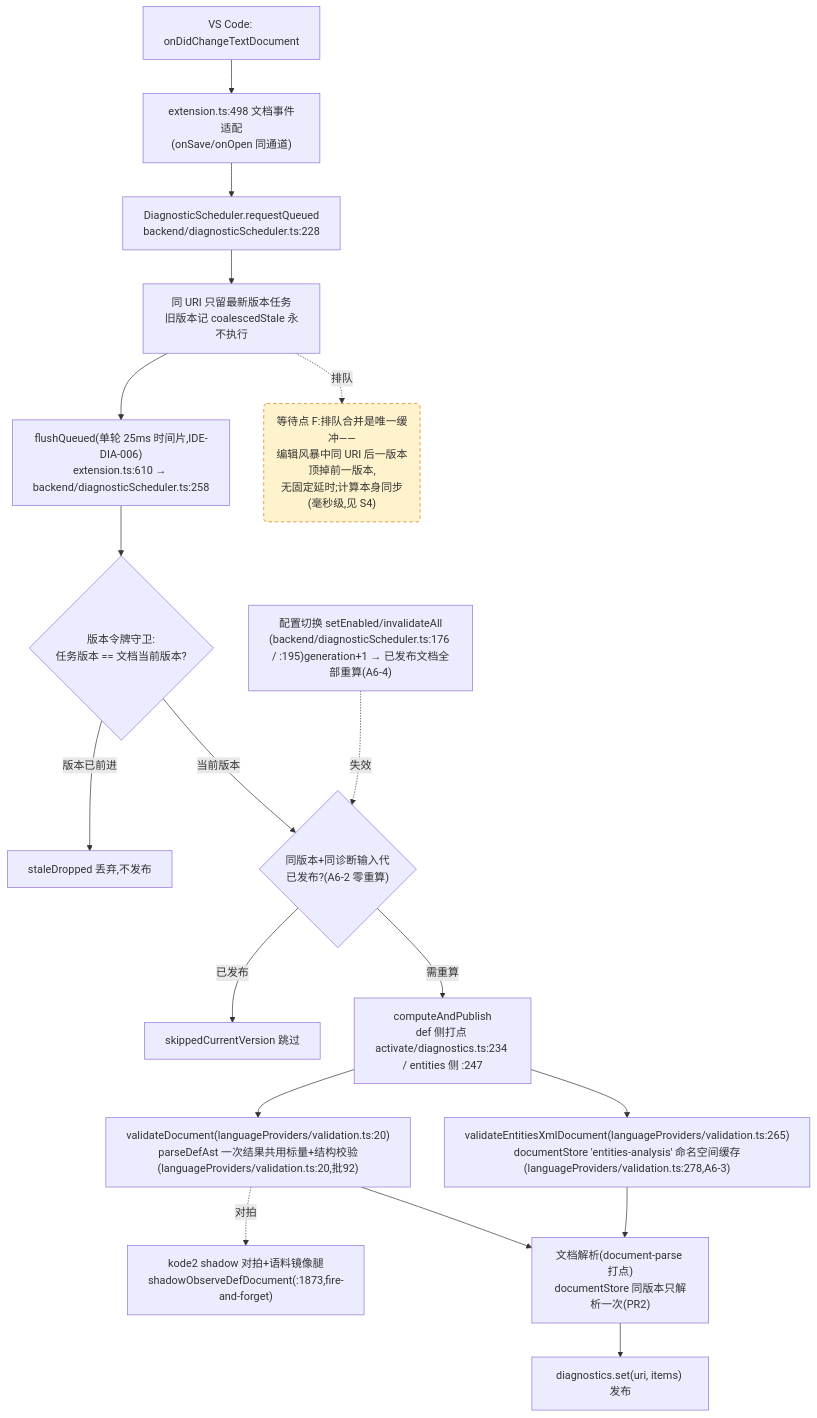
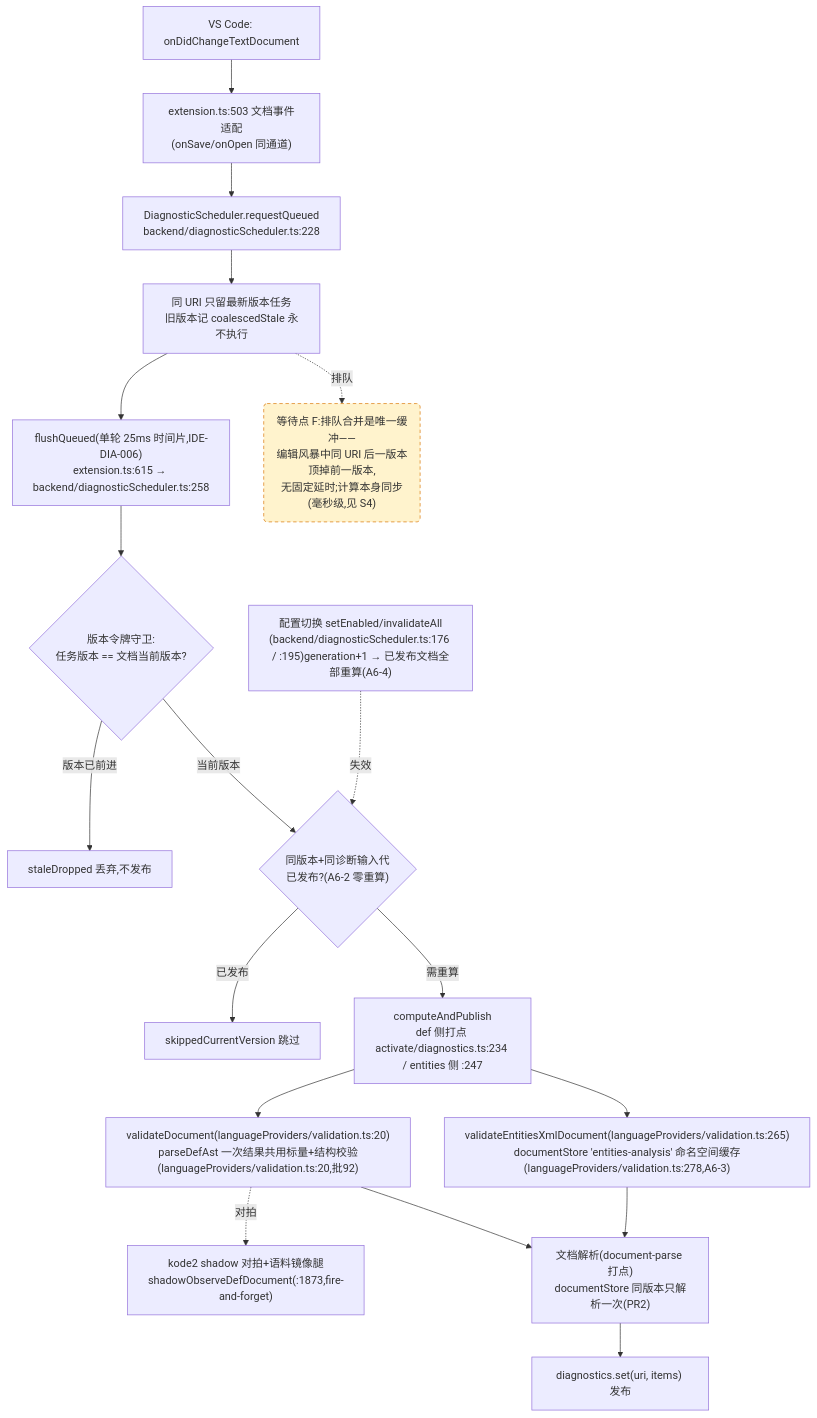
The fourth of 4 diagrams in docs/perf/2026-baseline.md (cuihairu/kode), drawn with Mermaid before and after one commit. The commit also changed 8 other files, not shown here.

````diff
--- a/docs/perf/2026-baseline.md
+++ b/docs/perf/2026-baseline.md
@@ -241,38 +241,38 @@
 ```mermaid
 flowchart TD
   CHG["VS Code: onDidChangeTextDocument"]
-  WATCH["extension.ts:498 文档事件适配<br/>(onSave/onOpen 同通道)"]
+  WATCH["extension.ts:503 文档事件适配<br/>(onSave/onOpen 同通道)"]
   RQ["DiagnosticScheduler.requestQueued<br/>backend/diagnosticScheduler.ts:228"]
   CO["同 URI 只留最新版本任务<br/>旧版本记 coalescedStale 永不执行"]
-  FL["flushQueued(单轮 25ms 时间片,IDE-DIA-006)<br/>extension.ts:610 → backend/diagnosticScheduler.ts:258"]
+  FL["flushQueued(单轮 25ms 时间片,IDE-DIA-006)<br/>extension.ts:615 → backend/diagnosticScheduler.ts:258"]
   VG{"版本令牌守卫:<br/>任务版本 == 文档当前版本?"}
   DROP["staleDropped 丢弃,不发布"]
   GEN{"同版本+同诊断输入代<br/>已发布?(A6-2 零重算)"}
   SKIP["skippedCurrentVersion 跳过"]
   CALC["computeAndPublish<br/>def 侧打点 activate/diagnostics.ts:234 / entities 侧 :247"]
   VD["validateDocument(languageProviders/validation.ts:20)<br/>parseDefAst 一次结果共用标量+结构校验(languageProviders/validation.ts:20,批92)"]
   VEX["validateEntitiesXmlDocument(languageProviders/validation.ts:265)<br/>documentStore 'entities-analysis' 命名空间缓存(languageProviders/validation.ts:278,A6-3)"]
   SHDD["kode2 shadow 对拍+语料镜像腿<br/>shadowObserveDefDocument(:1873,fire-and-forget)"]
   DS["文档解析(document-parse 打点)<br/>documentStore 同版本只解析一次(PR2)"]
   PUB["diagnostics.set(uri, items) 发布"]
   CFG2["配置切换 setEnabled/invalidateAll<br/>(backend/diagnosticScheduler.ts:176 / :195)generation+1 → 已发布文档全部重算(A6-4)"]
 
   CHG --> WATCH --> RQ --> CO --> FL --> VG
   VG -- "版本已前进" --> DROP
   VG -- "当前版本" --> GEN
   GEN -- "已发布" --> SKIP
   GEN -- "需重算" --> CALC
   CALC --> VD
   CALC --> VEX
   VD --> DS
   VEX --> DS
   DS --> PUB
   VD -.->|对拍| SHDD
   CFG2 -.->|失效| GEN
 
   WAITF("等待点 F:排队合并是唯一缓冲——<br/>编辑风暴中同 URI 后一版本顶掉前一版本,<br/>无固定延时;计算本身同步(毫秒级,见 S4)")
   CO -.->|排队| WAITF
 
   classDef waitPoint fill:#fff3cd,stroke:#d97706,stroke-dasharray:5 4;
   class WAITF waitPoint;
 ```
````
